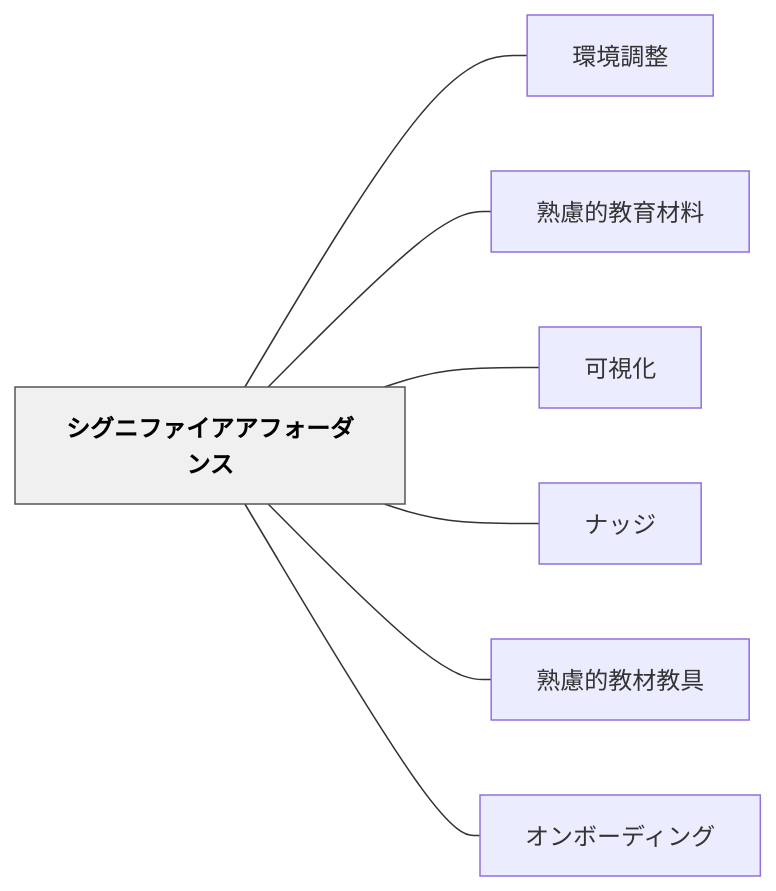
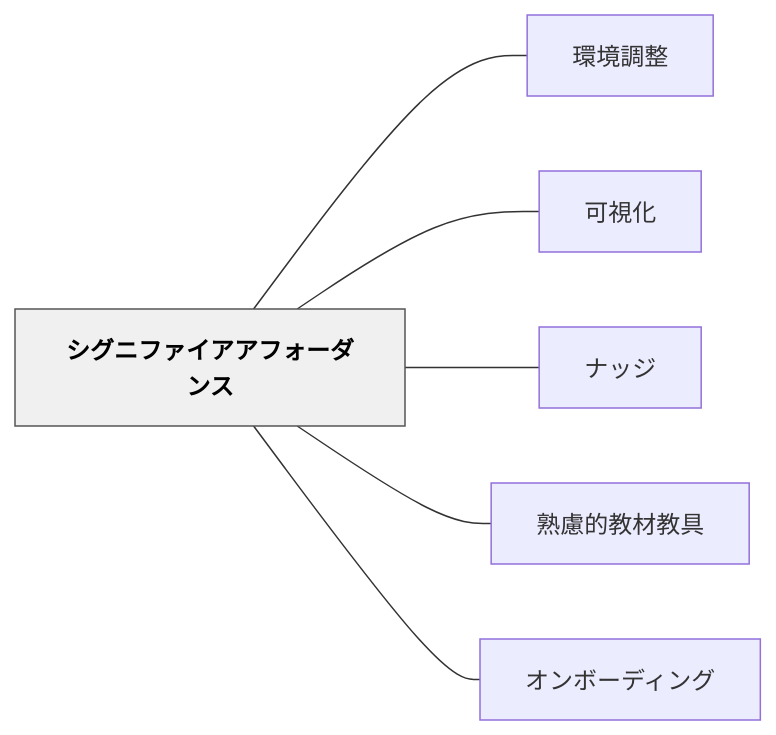
One commit to unknownthings-ed-patterns/unknownthings-ed-patterns changed the diagram in content/パタン/シグニファイアアフォーダンス.md. Above: the diagram before and after it, drawn with Mermaid. The commit also changed other lines of this file and 72 other files, not shown here.

````diff
--- a/content/パタン/シグニファイアアフォーダンス.md
+++ b/content/パタン/シグニファイアアフォーダンス.md
@@ -154,20 +153,18 @@
 ```mermaid
 flowchart LR
     ne382b7e382b0e3838be38395e382a1e382a4e382a2e382a2e38395e382a9e383bce38380e383b3e382b9["シグニファイアアフォーダンス"]
     ne792b0e5a283e8aabfe695b4["環境調整"]
-    ne7869fe685aee79a84e69599e882b2e69d90e69699["熟慮的教育材料"]
     ne58fafe8a696e58c96["可視化"]
     ne3838ae38383e382b8["ナッジ"]
     ne7869fe685aee79a84e69599e69d90e69599e585b7["熟慮的教材教具"]
     ne382aae383b3e3839ce383bce38387e382a3e383b3e382b0["オンボーディング"]
 
     ne382b7e382b0e3838be38395e382a1e382a4e382a2e382a2e38395e382a9e383bce38380e383b3e382b9 --- ne792b0e5a283e8aabfe695b4
-    ne382b7e382b0e3838be38395e382a1e382a4e382a2e382a2e38395e382a9e383bce38380e383b3e382b9 --- ne7869fe685aee79a84e69599e882b2e69d90e69699
     ne382b7e382b0e3838be38395e382a1e382a4e382a2e382a2e38395e382a9e383bce38380e383b3e382b9 --- ne58fafe8a696e58c96
     ne382b7e382b0e3838be38395e382a1e382a4e382a2e382a2e38395e382a9e383bce38380e383b3e382b9 --- ne3838ae38383e382b8
     ne382b7e382b0e3838be38395e382a1e382a4e382a2e382a2e38395e382a9e383bce38380e383b3e382b9 --- ne7869fe685aee79a84e69599e69d90e69599e585b7
     ne382b7e382b0e3838be38395e382a1e382a4e382a2e382a2e38395e382a9e383bce38380e383b3e382b9 --- ne382aae383b3e3839ce383bce38387e382a3e383b3e382b0
 
     classDef hub fill:#f0f0f0,stroke:#555,color:#000,font-weight:bold
     class ne382b7e382b0e3838be38395e382a1e382a4e382a2e382a2e38395e382a9e383bce38380e383b3e382b9 hub
 ```
````
